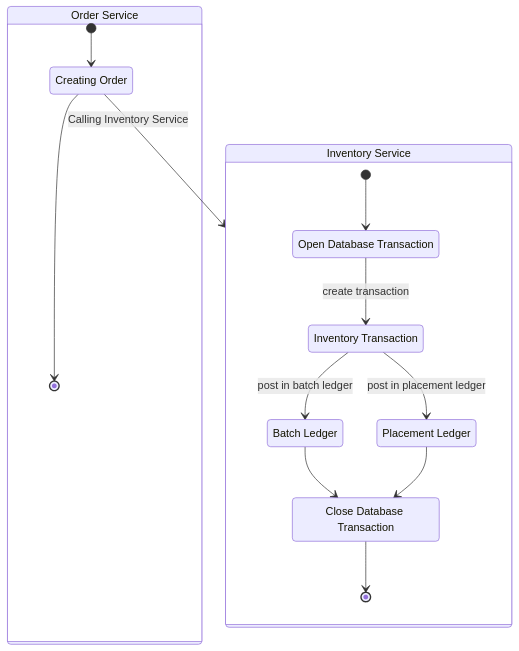
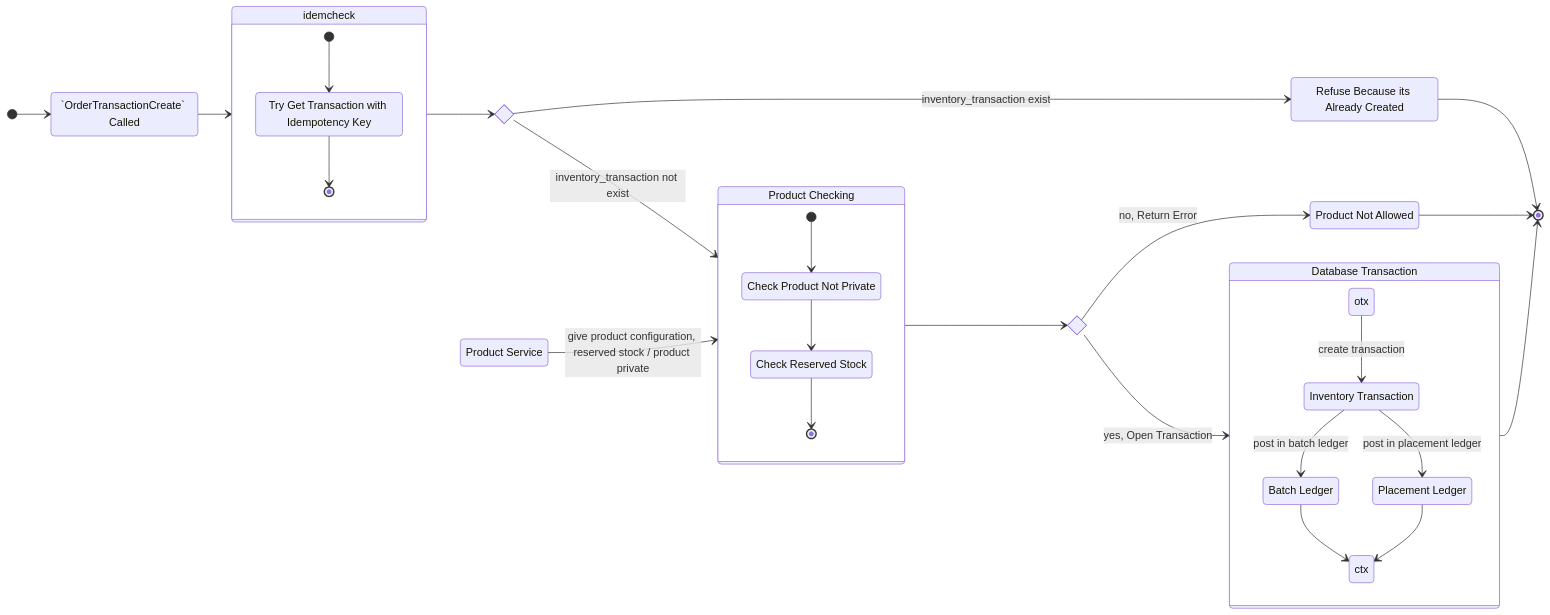
One commit to pdcgo/warehouse_revamp changed the first of 2 diagrams in docs/business/inventory/order.md. Above: the diagram before and after it, drawn with Mermaid. The commit also changed other lines of this file and 6 other files, not shown here.

First line of the commit message:
docs(order,inventory): the owner's design edits — the stock take's flow, the key table, the order timeline

````diff
--- a/docs/business/inventory/order.md
+++ b/docs/business/inventory/order.md
@@ -7,35 +16,71 @@
 ```mermaid
+
 stateDiagram-v2
 
+direction LR
 
-ordsrv: Order Service
-state ordsrv {
-    state "Creating Order" as ocreate
-    [*]-->ocreate
-    ocreate-->[*]
+state "`OrderTransactionCreate` Called" as rpc
+state "Product Service" as prod
+state "Product Not Allowed" as perr
+state pcheck_if <<choice>>
+state icheck_if <<choice>>
+state "Refuse Because its Already Created" as existtx
+
+[*]-->rpc
+rpc-->idemcheck
+
+
+state idemcheck {
+    state "Try Get Transaction with Idempotency Key" as invcheck
+    [*]-->invcheck
+    invcheck-->[*]
+}
+
+idemcheck-->icheck_if
+icheck_if-->prodcheck: inventory_transaction not exist
+icheck_if-->existtx: inventory_transaction exist
+existtx-->[*]
+
+
+prod-->prodcheck: give product configuration, reserved stock / product private
+prodcheck: Product Checking
+state prodcheck {
+
+    state "Check Product Not Private" as checkp
+    state "Check Reserved Stock" as checkre
+    [*]-->checkp
+
+    checkp-->checkre
+    checkre-->[*]
+}
+
+prodcheck-->pcheck_if
+pcheck_if-->tx: yes, Open Transaction
+pcheck_if-->perr: no, Return Error
+perr-->[*]
+
+
+
+
+tx: Database Transaction
+state tx {
     
-}
-ocreate-->invsrv: Calling Inventory Service
-
-invsrv: Inventory Service
-state invsrv {
-    state "Open Database Transaction" as otx
-    state "Close Database Transaction" as ctx
     state "Inventory Transaction" as itx
     state "Batch Ledger" as bleg
     state "Placement Ledger" as pleg
 
-    [*]-->otx
+
 
     otx-->itx: create transaction
     itx-->bleg: post in batch ledger
     itx-->pleg: post in placement ledger
 
     bleg-->ctx
     pleg-->ctx
     
-    ctx-->[*]
 
 }
 
+tx-->[*]
+
 ```
````
